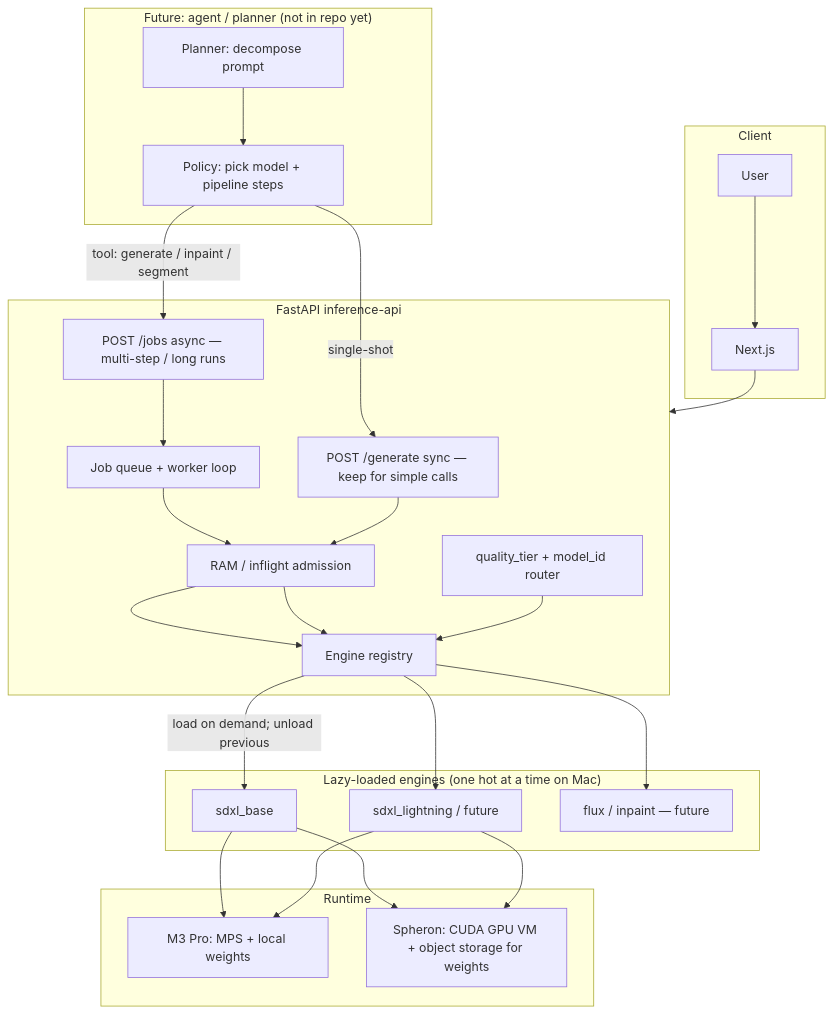
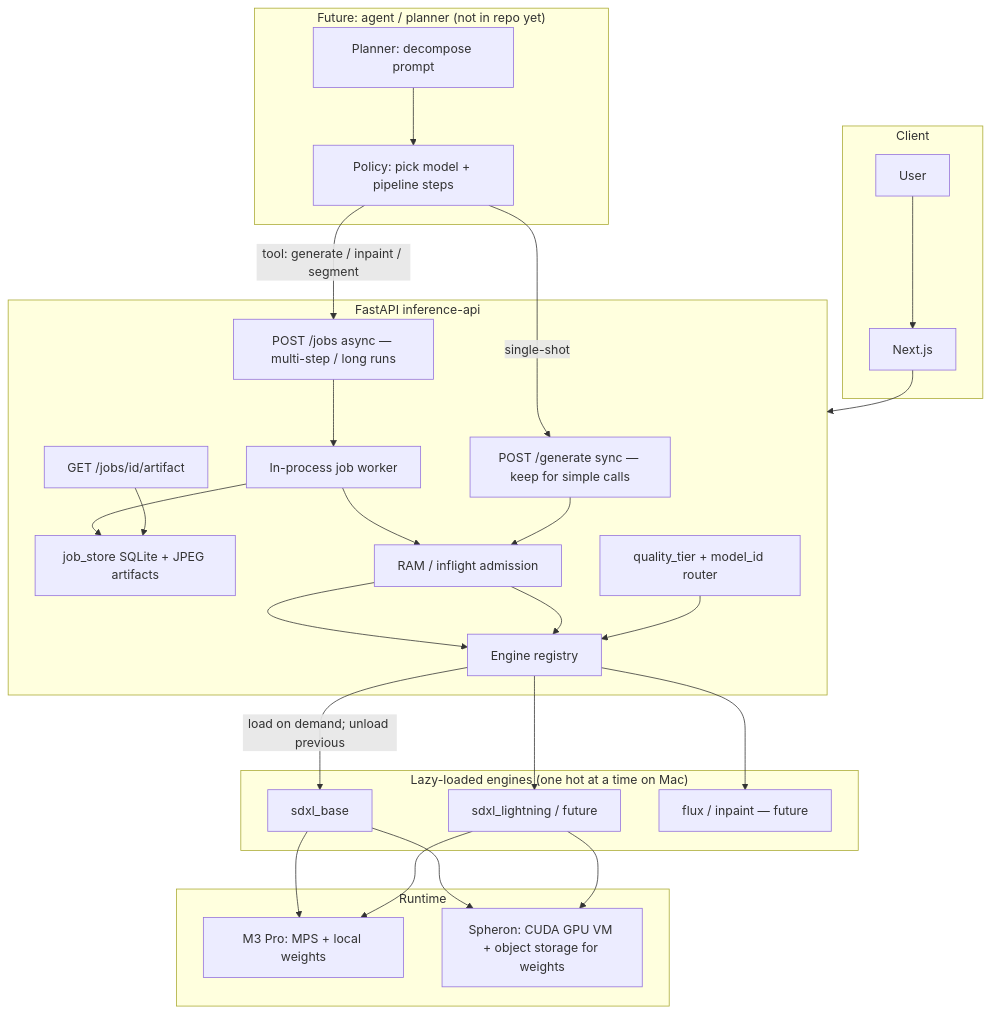
The fifth of 6 diagrams in ARCHITECTURE.md (kirank93611/vid-gen-sdxl-pipe), drawn with Mermaid before and after one commit. The commit also changed other lines of this file and 62 other files, not shown here.

````diff
--- a/ARCHITECTURE.md
+++ b/ARCHITECTURE.md
@@ -353,47 +426,51 @@
 ```mermaid
 flowchart TB
     subgraph Client
         U[User]
         WEB[Next.js]
     end
 
     subgraph Orchestration["Future: agent / planner (not in repo yet)"]
         PLAN[Planner: decompose prompt]
         POL[Policy: pick model + pipeline steps]
     end
 
     subgraph API["FastAPI inference-api"]
         SYNC[POST /generate sync — keep for simple calls]
         JOBS[POST /jobs async — multi-step / long runs]
-        Q[Job queue + worker loop]
+        ART[GET /jobs/id/artifact]
+        Q[In-process job worker]
+        STORE[job_store SQLite + JPEG artifacts]
         ADM[RAM / inflight admission]
         REG[Engine registry]
         RT[quality_tier + model_id router]
     end
 
     subgraph Engines["Lazy-loaded engines (one hot at a time on Mac)"]
         E1[sdxl_base]
         E2[sdxl_lightning / future]
         E3[flux / inpaint — future]
     end
 
     subgraph Runtime
         MAC[M3 Pro: MPS + local weights]
         CLOUD[Spheron: CUDA GPU VM + object storage for weights]
     end
 
     U --> WEB --> API
     PLAN --> POL
     POL -->|tool: generate / inpaint / segment| JOBS
     POL -->|single-shot| SYNC
     JOBS --> Q --> ADM --> REG
+    Q --> STORE
+    ART --> STORE
     SYNC --> ADM --> REG
     RT --> REG
     REG -->|load on demand; unload previous| E1
     REG --> E2
     REG --> E3
     E1 --> MAC
     E2 --> MAC
     E1 --> CLOUD
     E2 --> CLOUD
 ```
````
